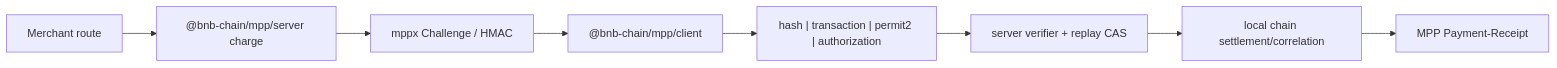
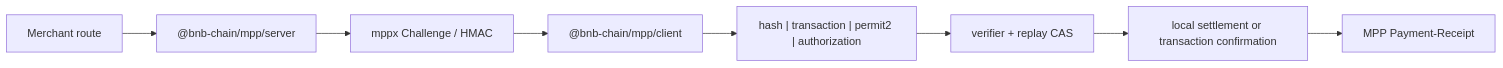
The second of 4 diagrams in docs/architecture.md (bnb-chain/mpp-sdk), drawn with Mermaid before and after one commit. The commit also changed other lines of this file and 96 other files, not shown here.

````diff
--- a/docs/architecture.md
+++ b/docs/architecture.md
@@ -25,10 +28,10 @@
 ```mermaid
 flowchart LR
-  A["Merchant route"] --> B["@bnb-chain/mpp/server charge"]
+  A["Merchant route"] --> B["@bnb-chain/mpp/server"]
   B --> C["mppx Challenge / HMAC"]
   C --> D["@bnb-chain/mpp/client"]
   D --> E["hash | transaction | permit2 | authorization"]
-  E --> F["server verifier + replay CAS"]
-  F --> G["local chain settlement/correlation"]
+  E --> F["verifier + replay CAS"]
+  F --> G["local settlement or transaction confirmation"]
   G --> H["MPP Payment-Receipt"]
 ```
````
